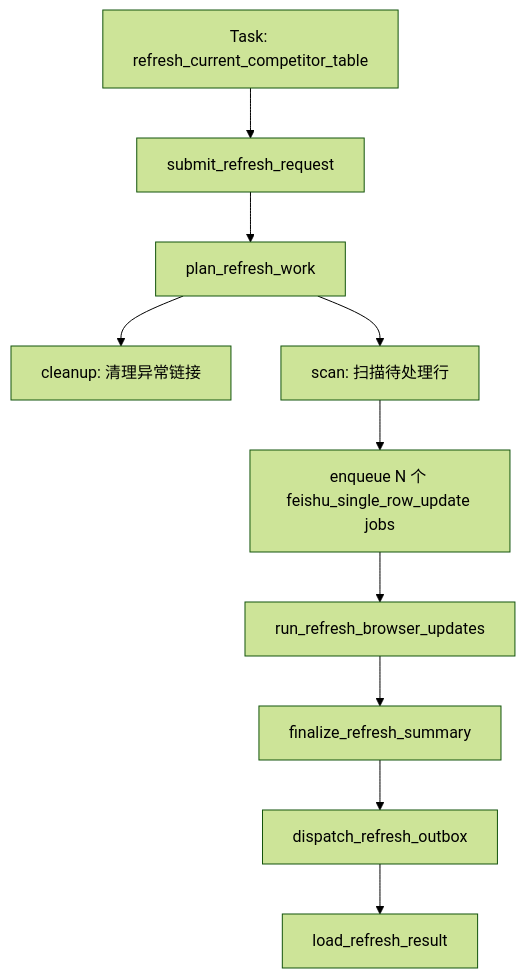
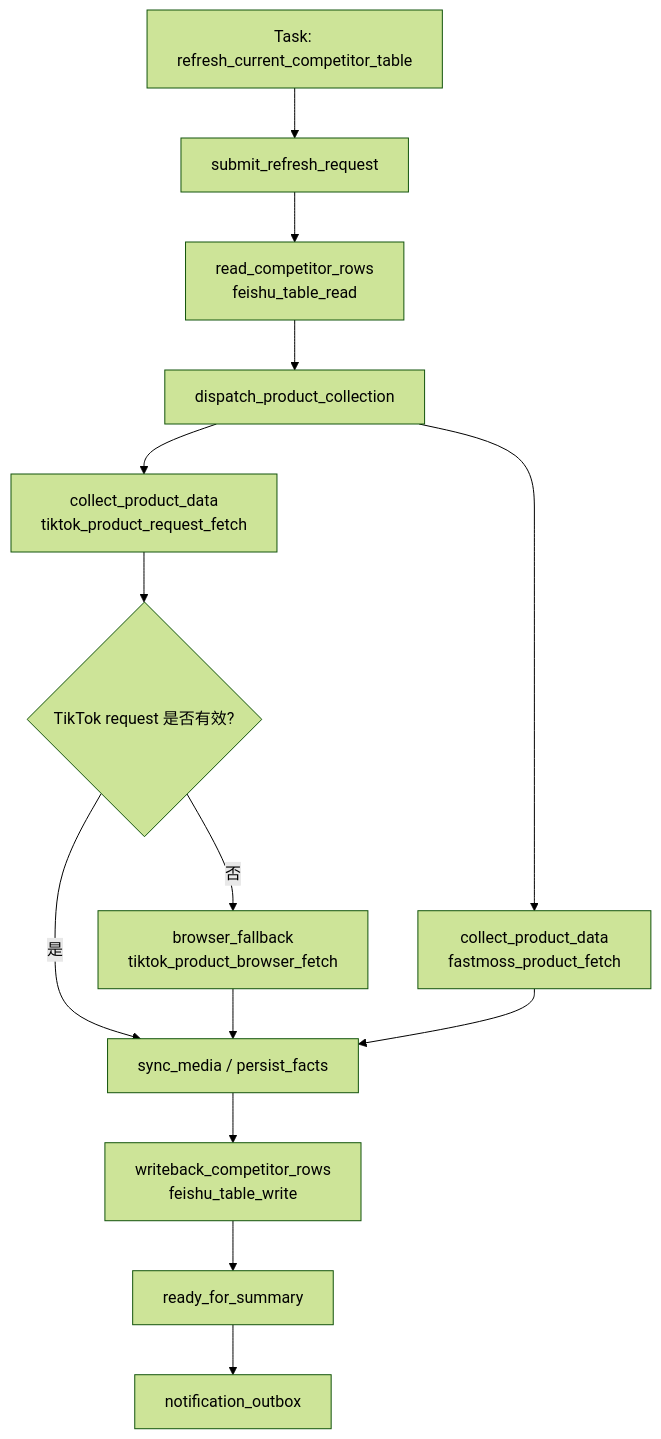
The first of 5 diagrams in docs/arch/workflow-competitor-table-design.md (knighterrantsky/mujitask), drawn with Mermaid (forest theme) before and after one commit. The commit also changed other lines of this file and 53 other files, not shown here.

````diff
--- a/docs/arch/workflow-competitor-table-design.md
+++ b/docs/arch/workflow-competitor-table-design.md
@@ -25,12 +34,16 @@
 ```mermaid
 flowchart TD
     A["Task: refresh_current_competitor_table"] --> B["submit_refresh_request"]
-    B --> C["plan_refresh_work"]
-    C --> D["cleanup: 清理异常链接"]
-    C --> E["scan: 扫描待处理行"]
-    E --> F["enqueue N 个 feishu_single_row_update jobs"]
-    F --> G["run_refresh_browser_updates"]
-    G --> H["finalize_refresh_summary"]
-    H --> I["dispatch_refresh_outbox"]
-    I --> J["load_refresh_result"]
+    B --> C["read_competitor_rows<br/>feishu_table_read"]
+    C --> D["dispatch_product_collection"]
+    D --> E["collect_product_data<br/>tiktok_product_request_fetch"]
+    D --> F["collect_product_data<br/>fastmoss_product_fetch"]
+    E --> G{"TikTok request 是否有效?"}
+    G -->|否| H["browser_fallback<br/>tiktok_product_browser_fetch"]
+    G -->|是| I["sync_media / persist_facts"]
+    H --> I
+    F --> I
+    I --> J["writeback_competitor_rows<br/>feishu_table_write"]
+    J --> K["ready_for_summary"]
+    K --> L["notification_outbox"]
 ```
````
